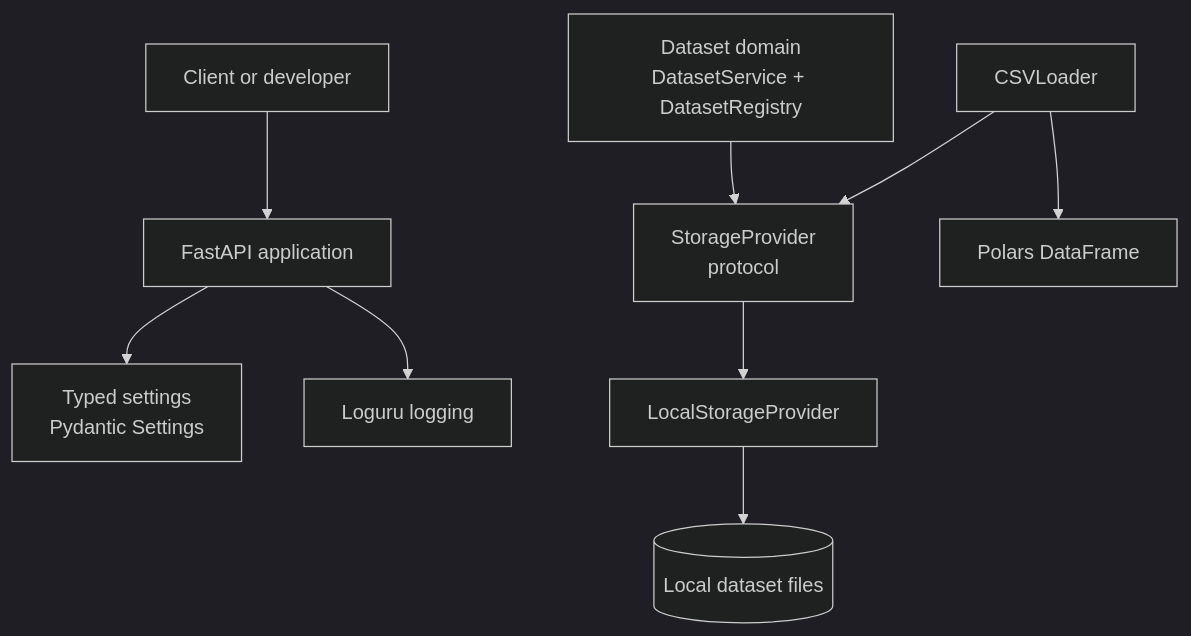
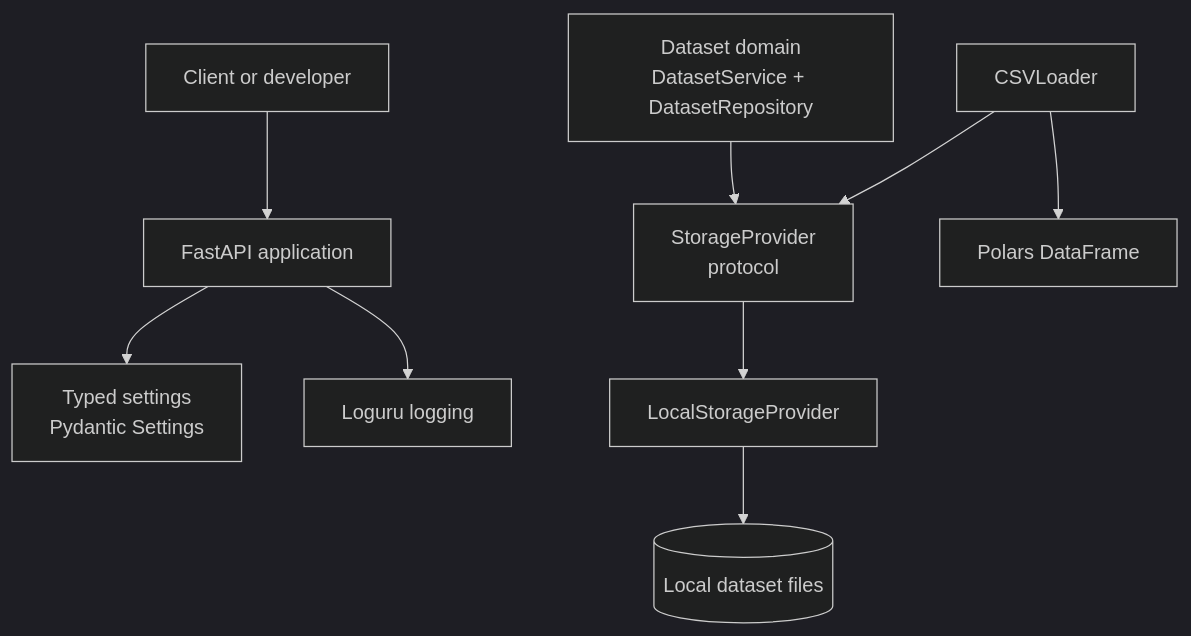
Before and after one commit to LavanSajjan/athena-ai: the diagram in README.md, drawn with Mermaid (dark theme). The commit also changed other lines of this file and 16 other files, not shown here.

````diff
--- a/README.md
+++ b/README.md
@@ -50,22 +50,22 @@
 ```mermaid
 flowchart TB
     Client[Client or developer]
     API[FastAPI application]
     Config[Typed settings\nPydantic Settings]
-    Domain[Dataset domain\nDatasetService + DatasetRegistry]
+    Domain[Dataset domain\nDatasetService + DatasetRepository]
     Port[StorageProvider\nprotocol]
     Local[LocalStorageProvider]
     Files[(Local dataset files)]
     Loader[CSVLoader]
     Frame[Polars DataFrame]
     Log[Loguru logging]
 
     Client --> API
     API --> Config
     API --> Log
     Domain --> Port
     Port --> Local
     Local --> Files
     Loader --> Port
     Loader --> Frame
 ```
````
